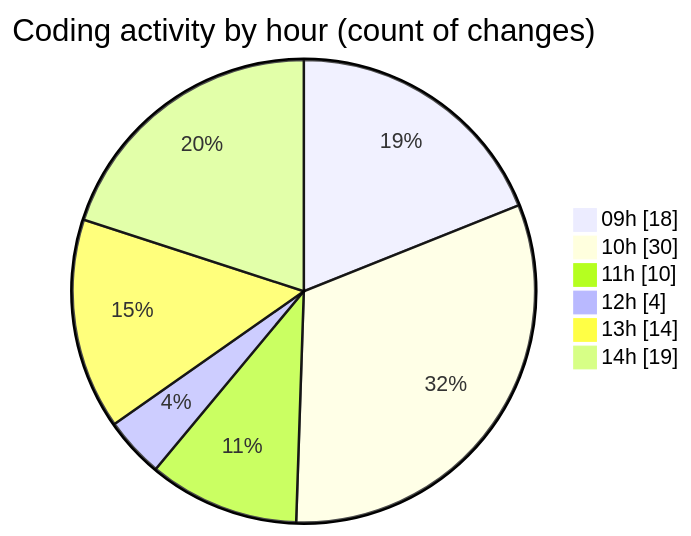
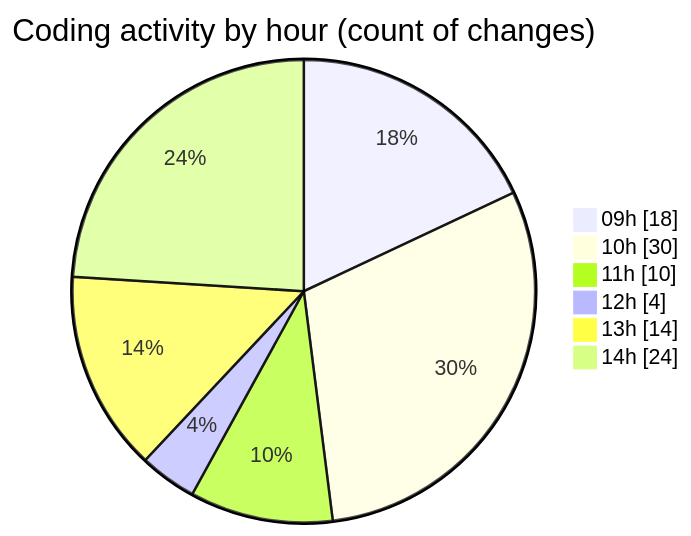
Before and after one commit to momahboobian/code-tracking: the second of 2 diagrams in 2026-09-23/cda/README.md, drawn with Mermaid. The commit also changed other lines of this file and 1 other file, not shown here.

````diff
--- a/2026-09-23/cda/README.md
+++ b/2026-09-23/cda/README.md
@@ -66,10 +66,10 @@
 ```mermaid
 pie showData
 title Coding activity by hour (count of changes)
 "09h" : 18
 "10h" : 30
 "11h" : 10
 "12h" : 4
 "13h" : 14
-"14h" : 19
+"14h" : 24
 ```
````
